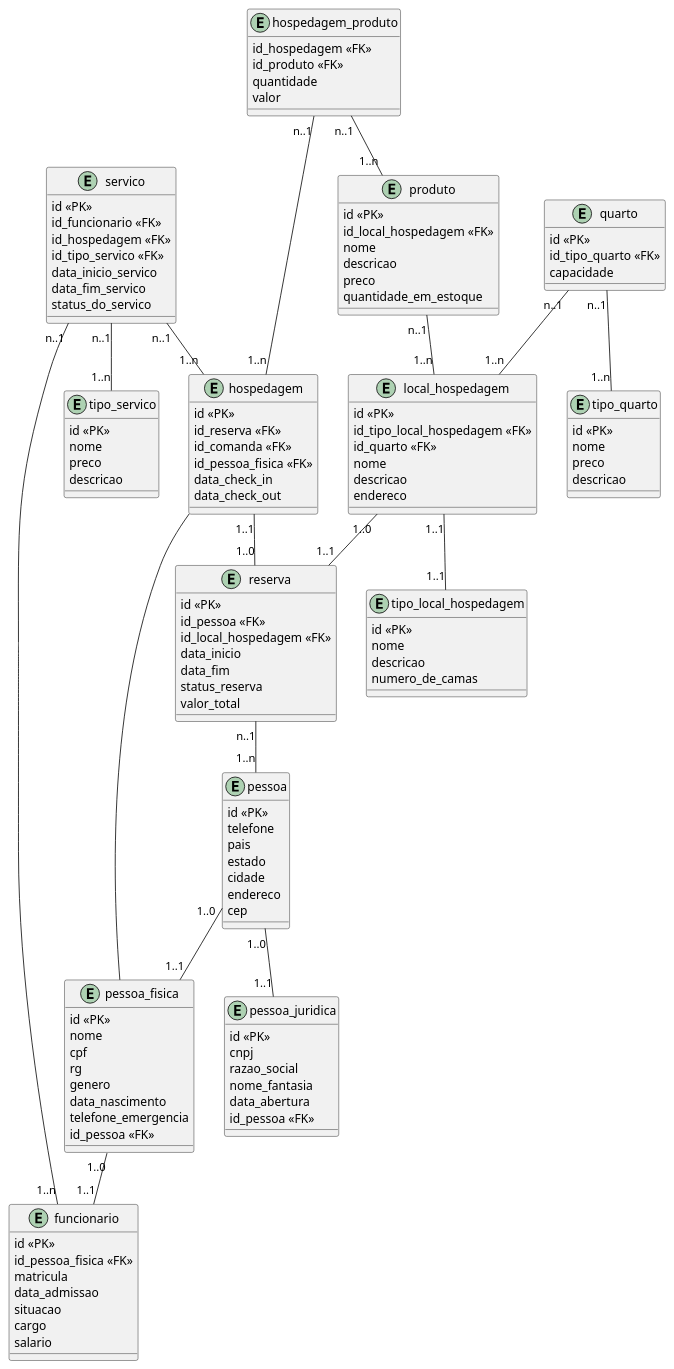
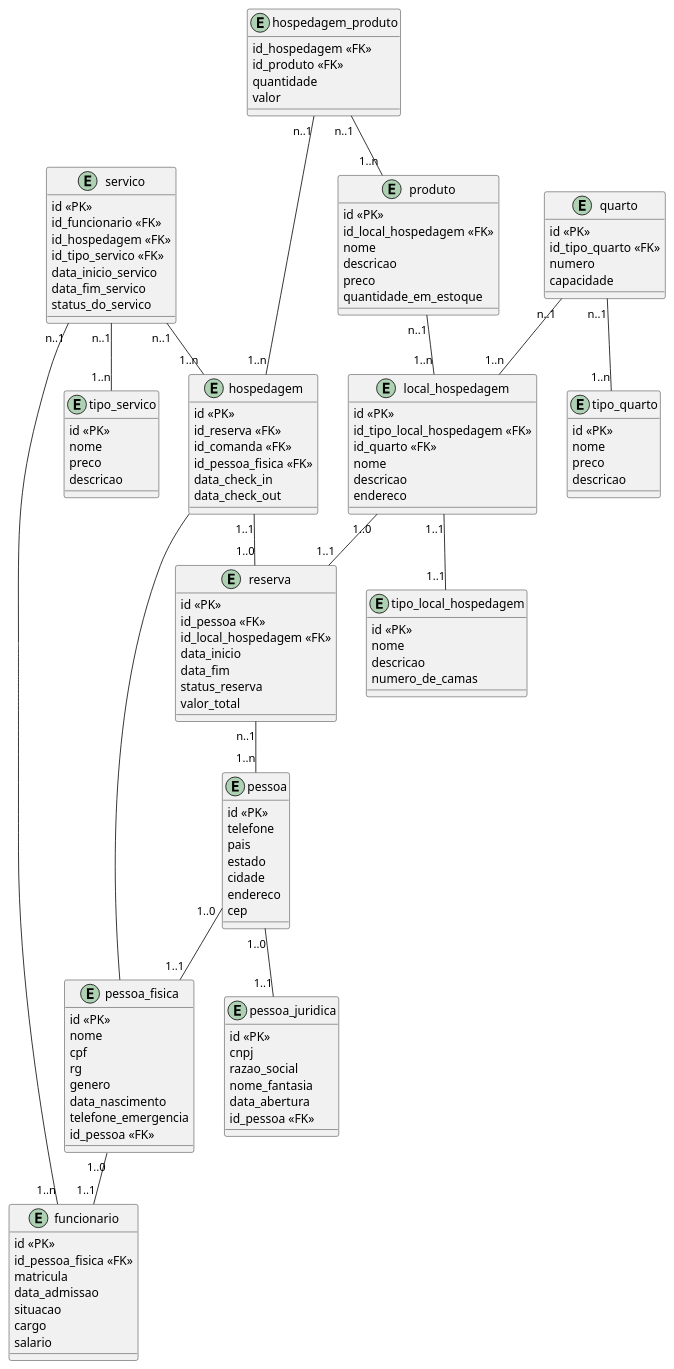
One commit to Berjooj/Pratica-DB-A1-N1 changed the diagram in Hospedagem.plantuml. Above: the diagram before and after it, drawn with PlantUML. The commit also changed 2 other files, not shown here.

```diff
--- a/Hospedagem.plantuml
+++ b/Hospedagem.plantuml
@@ -1,149 +1,150 @@
 @startuml Hospedagem
 
 entity pessoa{
     id <<PK>>
     telefone
     pais
     estado
     cidade
     endereco
     cep
 }
 
 entity pessoa_fisica{
     id <<PK>>
     nome
     cpf
     rg
     genero
     data_nascimento
     telefone_emergencia
     id_pessoa <<FK>>
 }
 
 entity pessoa_juridica{
     id <<PK>>
     cnpj
     razao_social
     nome_fantasia
     data_abertura
     id_pessoa <<FK>>
 }
 
 entity funcionario{
     id <<PK>>
     id_pessoa_fisica <<FK>>
     matricula
     data_admissao
     situacao
     cargo
     salario
 }
 
 entity reserva{
     id <<PK>>
     id_pessoa <<FK>>
     id_local_hospedagem <<FK>>
     data_inicio
     data_fim
     status_reserva
     valor_total
 }
 
 entity hospedagem{
     id <<PK>>
     id_reserva <<FK>>
     id_comanda <<FK>>
     id_pessoa_fisica <<FK>>
     data_check_in
     data_check_out
 }
 
 entity tipo_local_hospedagem{
     id <<PK>>
     nome
     descricao
     numero_de_camas
 }
 
 entity local_hospedagem{
     id <<PK>>
     id_tipo_local_hospedagem <<FK>>
     id_quarto <<FK>>
     nome
     descricao
     endereco
 }
 
 entity tipo_quarto{
     id <<PK>>
     nome
     preco
     descricao
 }
 
 entity quarto{
     id <<PK>>
     id_tipo_quarto <<FK>>
+    numero
     capacidade
 }
 
 entity tipo_servico{
     id <<PK>>
     nome
     preco
     descricao
 }
 
 entity servico{
     id <<PK>>
     id_funcionario <<FK>>
     id_hospedagem <<FK>>
     id_tipo_servico <<FK>>
     data_inicio_servico
     data_fim_servico
     status_do_servico
 }
 
 entity produto{
     id <<PK>>
     id_local_hospedagem <<FK>>
     nome
     descricao
     preco
     quantidade_em_estoque
 }
 
 entity hospedagem_produto{
     id_hospedagem <<FK>>
     id_produto <<FK>>
     quantidade
     valor
 }
 
 pessoa "1..0" -- "1..1" pessoa_fisica
 pessoa "1..0" -- "1..1" pessoa_juridica
 
 pessoa_fisica "1..0" -- "1..1" funcionario
 
 reserva "n..1" -- "1..n" pessoa
 hospedagem "1..1" -- "1..0" reserva
 
 local_hospedagem "1..0" -- "1..1" reserva
 local_hospedagem "1..1" -- "1..1" tipo_local_hospedagem
 
 quarto "n..1" -- "1..n" tipo_quarto
 quarto "n..1" -- "1..n" local_hospedagem
 
 produto "n..1" -- "1..n" local_hospedagem
 
 hospedagem_produto "n..1" -- "1..n" produto
 hospedagem_produto "n..1" -- "1..n" hospedagem
 
 servico "n..1" -- "1..n" tipo_servico
 servico "n..1" -- "1..n" funcionario
 servico "n..1" -- "1..n" hospedagem
 
 hospedagem -- pessoa_fisica
 
 @enduml
```
